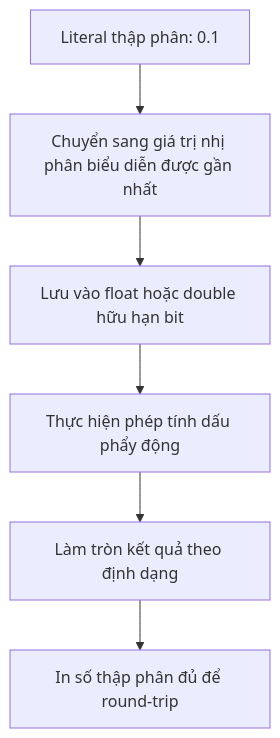
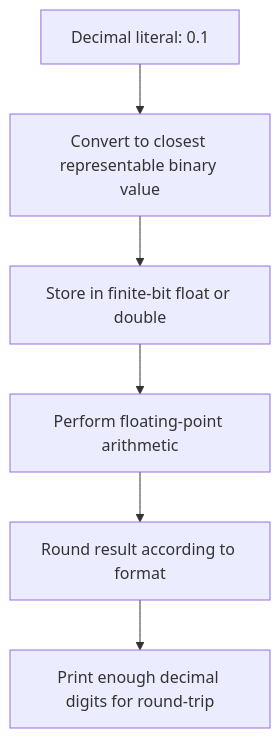
Before and after one commit to phuongnguyenit93/learning-platform-data: the diagram in module/platform/development/programming/language/java/core/language-basics/content/knowledge/en/14.arithmetic/arithmetic-008.md, drawn with Mermaid. The commit also changed other lines of this file and 2307 other files, not shown here.

```diff
--- a/module/platform/development/programming/language/java/core/language-basics/content/knowledge/en/14.arithmetic/arithmetic-008.md
+++ b/module/platform/development/programming/language/java/core/language-basics/content/knowledge/en/14.arithmetic/arithmetic-008.md
@@ -39,8 +39,8 @@
 ~~~mermaid
 flowchart TD
-    A["Literal thập phân: 0.1"] --> B["Chuyển sang giá trị nhị phân biểu diễn được gần nhất"]
-    B --> C["Lưu vào float hoặc double hữu hạn bit"]
-    C --> D["Thực hiện phép tính dấu phẩy động"]
-    D --> E["Làm tròn kết quả theo định dạng"]
-    E --> F["In số thập phân đủ để round-trip"]
+    A["Decimal literal: 0.1"] --> B["Convert to closest representable binary value"]
+    B --> C["Store in finite-bit float or double"]
+    C --> D["Perform floating-point arithmetic"]
+    D --> E["Round result according to format"]
+    E --> F["Print enough decimal digits for round-trip"]
 ~~~
```
